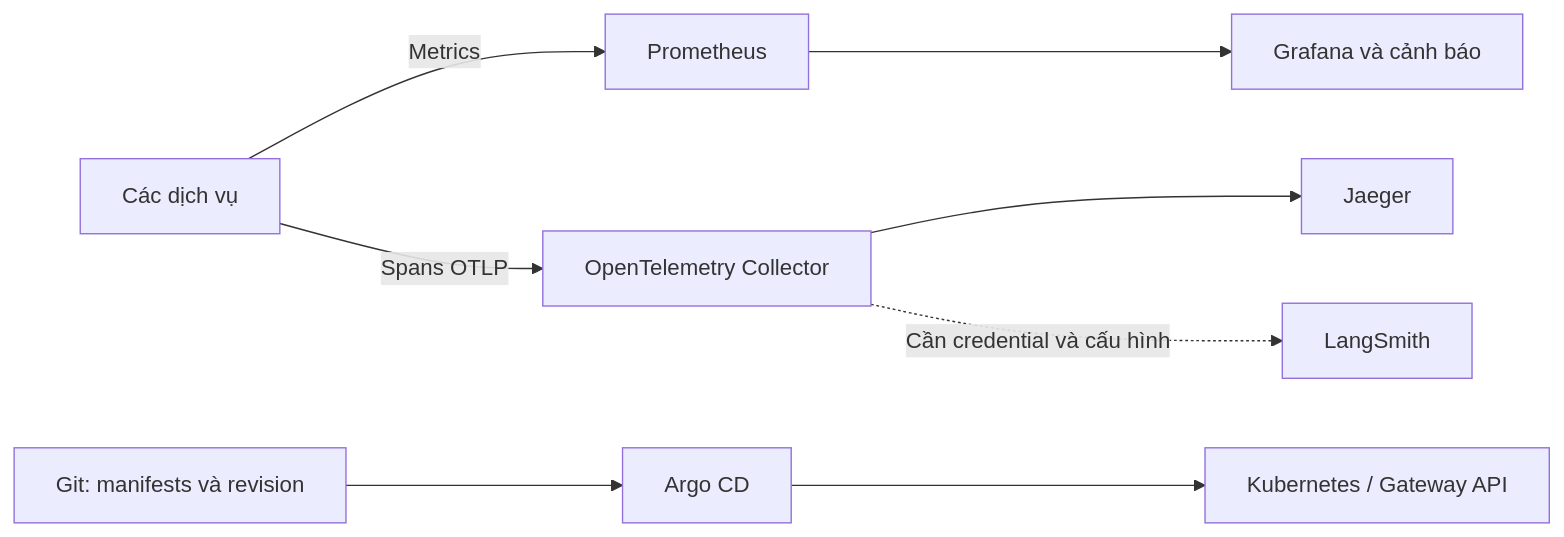
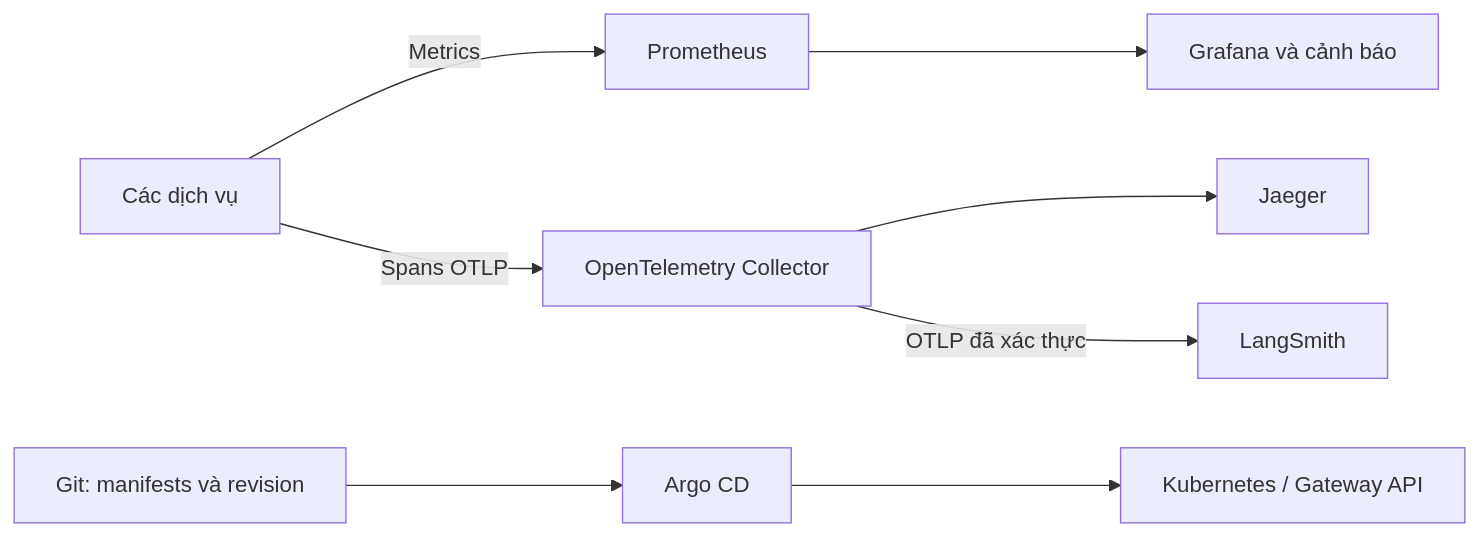
One commit to TimingTime/Day28-Track2-NguyenMinhPhuong-2A202601947 changed the second of 2 diagrams in docs/submission-architecture.md. Above: the diagram before and after it, drawn with Mermaid. The commit also changed 8 other files, not shown here.

````diff
--- a/docs/submission-architecture.md
+++ b/docs/submission-architecture.md
@@ -25,10 +25,10 @@
 ```mermaid
 flowchart LR
     components[Các dịch vụ] -->|Metrics| prometheus[Prometheus]
     prometheus --> grafana[Grafana và cảnh báo]
     components -->|Spans OTLP| collector[OpenTelemetry Collector]
     collector --> jaeger[Jaeger]
-    collector -.->|Cần credential và cấu hình| langsmith[LangSmith]
+    collector -->|OTLP đã xác thực| langsmith[LangSmith]
     git[Git: manifests và revision] --> argo[Argo CD]
     argo --> k8s[Kubernetes / Gateway API]
 ```
````
